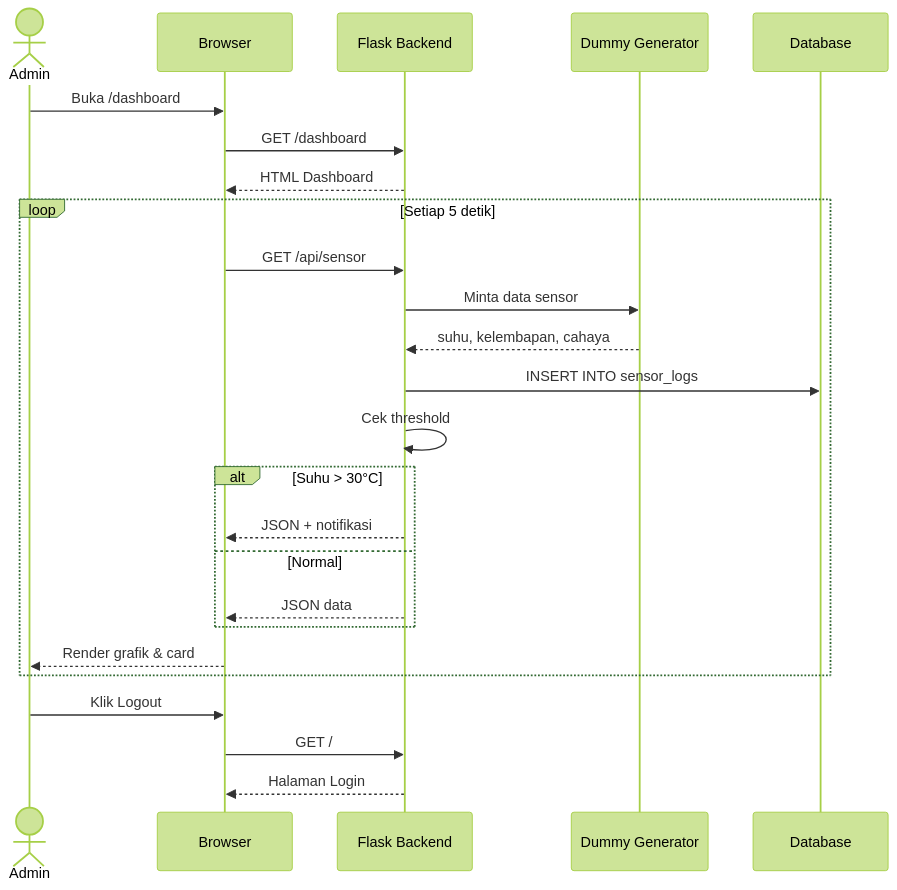
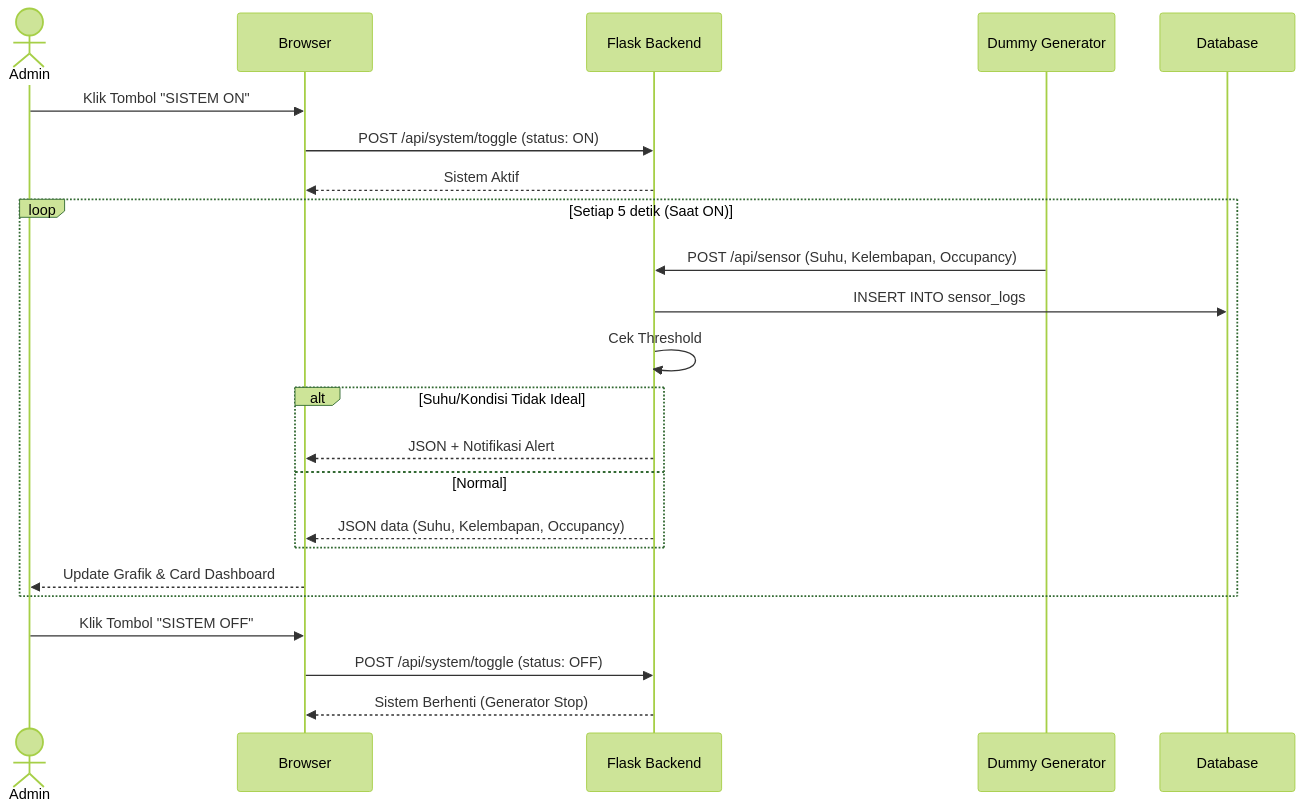
Before and after one commit to RPLUNIT052026/kelompok4-digitaltwin: the third of 5 diagrams in sprint-2/System_Modeling/01-analisis-sistem.md, drawn with Mermaid (forest theme). The commit also changed other lines of this file, not shown here.

First line of the commit message:
Revise system modeling documentation and features

````diff
--- a/sprint-2/System_Modeling/01-analisis-sistem.md
+++ b/sprint-2/System_Modeling/01-analisis-sistem.md
@@ -97,32 +74,30 @@
 ```mermaid
 sequenceDiagram
     actor Admin
     participant B as Browser
     participant F as Flask Backend
     participant G as Dummy Generator
     participant D as Database
     
-    Admin->>B: Buka /dashboard
-    B->>F: GET /dashboard
-    F-->>B: HTML Dashboard
+    Admin->>B: Klik Tombol "SISTEM ON"
+    B->>F: POST /api/system/toggle (status: ON)
+    F-->>B: Sistem Aktif
     
-    loop Setiap 5 detik
-        B->>F: GET /api/sensor
-        F->>G: Minta data sensor
-        G-->>F: suhu, kelembapan, cahaya
+    loop Setiap 5 detik (Saat ON)
+        G->>F: POST /api/sensor (Suhu, Kelembapan, Occupancy)
         F->>D: INSERT INTO sensor_logs
-        F->>F: Cek threshold
+        F->>F: Cek Threshold
         
-        alt Suhu > 30°C
-            F-->>B: JSON + notifikasi
+        alt Suhu/Kondisi Tidak Ideal
+            F-->>B: JSON + Notifikasi Alert
         else Normal
-            F-->>B: JSON data
+            F-->>B: JSON data (Suhu, Kelembapan, Occupancy)
         end
         
-        B-->>Admin: Render grafik & card
+        B-->>Admin: Update Grafik & Card Dashboard
     end
     
-    Admin->>B: Klik Logout
-    B->>F: GET /
-    F-->>B: Halaman Login
+    Admin->>B: Klik Tombol "SISTEM OFF"
+    B->>F: POST /api/system/toggle (status: OFF)
+    F-->>B: Sistem Berhenti (Generator Stop)
 ```
````
